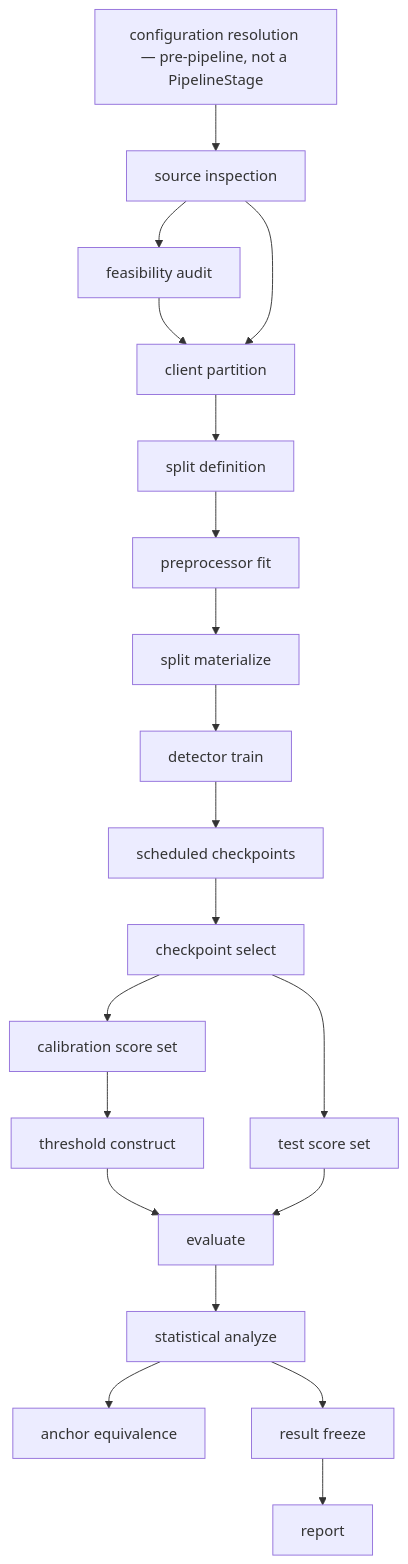
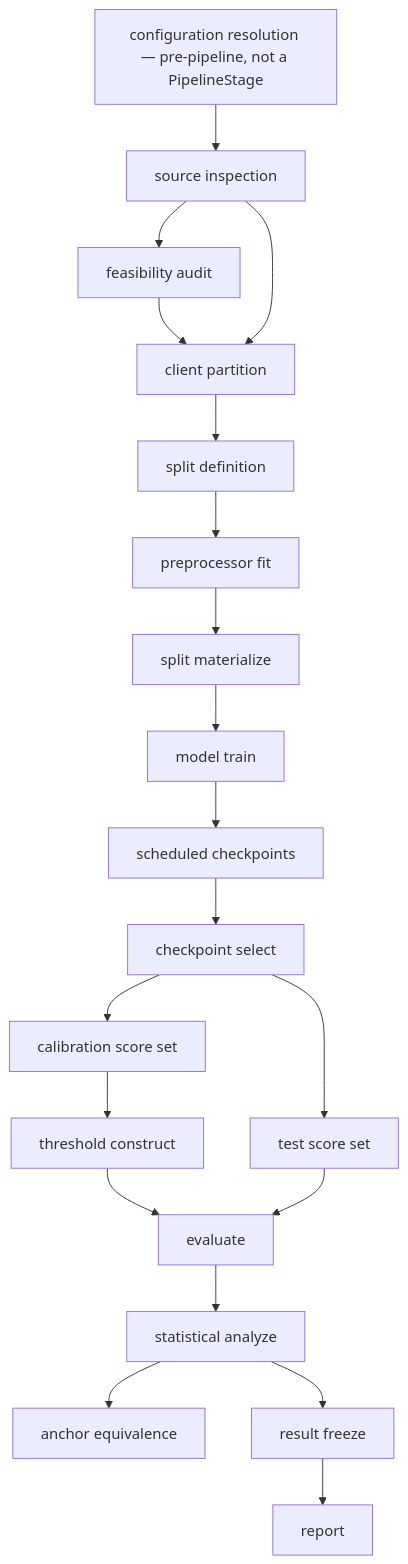
Before and after one commit to naslouby-salahe/datp-core: the second of 2 diagrams in docs/Architecture/PIPELINE_EXECUTION_AND_ARTIFACTS.md, drawn with Mermaid. The commit also changed other lines of this file and 6 other files, not shown here.

````diff
--- a/docs/Architecture/PIPELINE_EXECUTION_AND_ARTIFACTS.md
+++ b/docs/Architecture/PIPELINE_EXECUTION_AND_ARTIFACTS.md
@@ -506,22 +508,22 @@
 ```mermaid
 graph TD
     CFG[configuration resolution — pre-pipeline, not a PipelineStage] --> DS[source inspection]
     DS --> FA[feasibility audit]
     FA --> PT[client partition]
     DS --> PT
     PT --> SP[split definition]
     SP --> PF[preprocessor fit]
     PF --> PM[split materialize]
-    PM --> TR[detector train]
+    PM --> TR[model train]
     TR --> CK[scheduled checkpoints]
     CK --> CS[checkpoint select]
     CS --> CA[calibration score set]
     CS --> TS[test score set]
     CA --> THR[threshold construct]
     THR --> EV[evaluate]
     TS --> EV
     EV --> STAT[statistical analyze]
     STAT --> ANCH[anchor equivalence]
     STAT --> RF[result freeze]
     RF --> REP[report]
 ```
````
